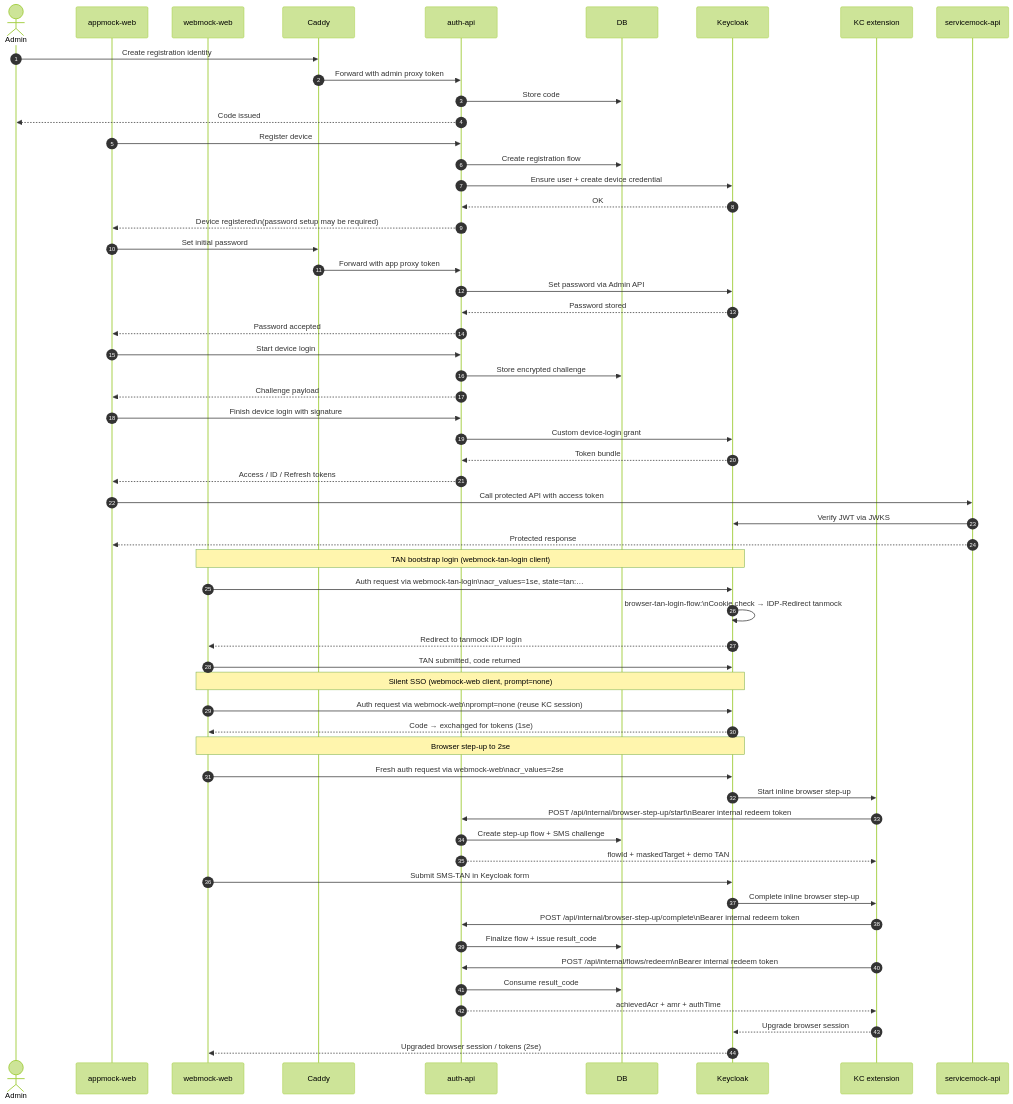
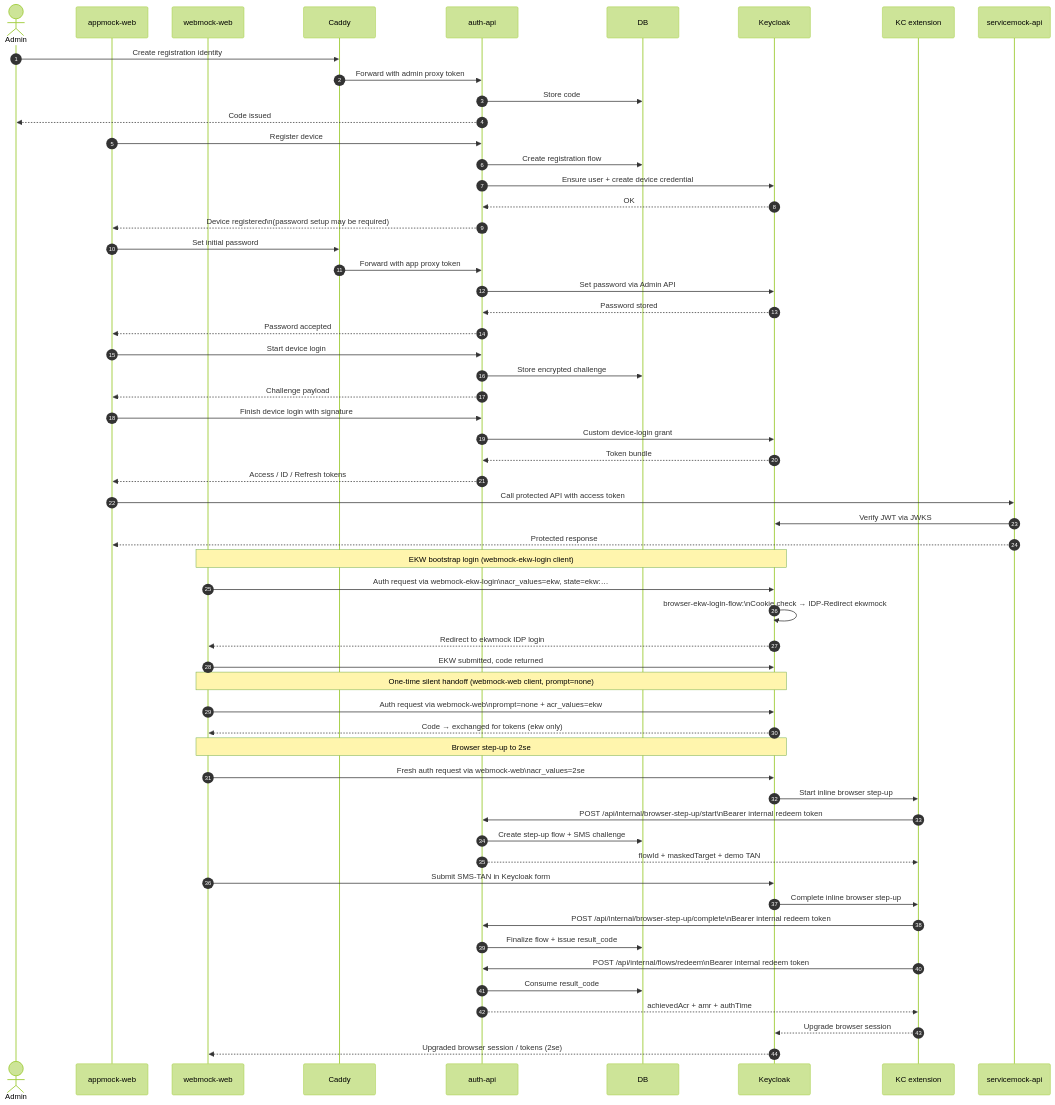
Before and after one commit to rpreissel/auth-sandbox-2: the first of 2 diagrams in README.md, drawn with Mermaid (forest theme). The commit also changed 11 other files, not shown here.

Commit message:
ekw: keycloak extension, terraform client+flow, db migration, compose

````diff
--- a/README.md
+++ b/README.md
@@ -64,68 +64,68 @@
 ```mermaid
 sequenceDiagram
   autonumber
   actor Admin
   participant Device as appmock-web
   participant Browser as webmock-web
   participant Caddy
   participant Auth as auth-api
   participant DB
   participant KC as Keycloak
   participant Ext as KC extension
   participant Mock as servicemock-api
 
   Admin->>Caddy: Create registration identity
   Caddy->>Auth: Forward with admin proxy token
   Auth->>DB: Store code
   Auth-->>Admin: Code issued
 
   Device->>Auth: Register device
   Auth->>DB: Create registration flow
   Auth->>KC: Ensure user + create device credential
   KC-->>Auth: OK
   Auth-->>Device: Device registered\n(password setup may be required)
 
   Device->>Caddy: Set initial password
   Caddy->>Auth: Forward with app proxy token
   Auth->>KC: Set password via Admin API
   KC-->>Auth: Password stored
   Auth-->>Device: Password accepted
 
   Device->>Auth: Start device login
   Auth->>DB: Store encrypted challenge
   Auth-->>Device: Challenge payload
 
   Device->>Auth: Finish device login with signature
   Auth->>KC: Custom device-login grant
   KC-->>Auth: Token bundle
   Auth-->>Device: Access / ID / Refresh tokens
 
   Device->>Mock: Call protected API with access token
   Mock->>KC: Verify JWT via JWKS
   Mock-->>Device: Protected response
 
-  Note over Browser,KC: TAN bootstrap login (webmock-tan-login client)
-  Browser->>KC: Auth request via webmock-tan-login\nacr_values=1se, state=tan:…
-  KC->>KC: browser-tan-login-flow:\nCookie check → IDP-Redirect tanmock
-  KC-->>Browser: Redirect to tanmock IDP login
-  Browser->>KC: TAN submitted, code returned
-  Note over Browser,KC: Silent SSO (webmock-web client, prompt=none)
-  Browser->>KC: Auth request via webmock-web\nprompt=none (reuse KC session)
-  KC-->>Browser: Code → exchanged for tokens (1se)
+  Note over Browser,KC: EKW bootstrap login (webmock-ekw-login client)
+  Browser->>KC: Auth request via webmock-ekw-login\nacr_values=ekw, state=ekw:…
+  KC->>KC: browser-ekw-login-flow:\nCookie check → IDP-Redirect ekwmock
+  KC-->>Browser: Redirect to ekwmock IDP login
+  Browser->>KC: EKW submitted, code returned
+  Note over Browser,KC: One-time silent handoff (webmock-web client, prompt=none)
+  Browser->>KC: Auth request via webmock-web\nprompt=none + acr_values=ekw
+  KC-->>Browser: Code → exchanged for tokens (ekw only)
 
   Note over Browser,KC: Browser step-up to 2se
   Browser->>KC: Fresh auth request via webmock-web\nacr_values=2se
   KC->>Ext: Start inline browser step-up
   Ext->>Auth: POST /api/internal/browser-step-up/start\nBearer internal redeem token
   Auth->>DB: Create step-up flow + SMS challenge
   Auth-->>Ext: flowId + maskedTarget + demo TAN
   Browser->>KC: Submit SMS-TAN in Keycloak form
   KC->>Ext: Complete inline browser step-up
   Ext->>Auth: POST /api/internal/browser-step-up/complete\nBearer internal redeem token
   Auth->>DB: Finalize flow + issue result_code
   Ext->>Auth: POST /api/internal/flows/redeem\nBearer internal redeem token
   Auth->>DB: Consume result_code
   Auth-->>Ext: achievedAcr + amr + authTime
   Ext-->>KC: Upgrade browser session
   KC-->>Browser: Upgraded browser session / tokens (2se)
 ```
````
